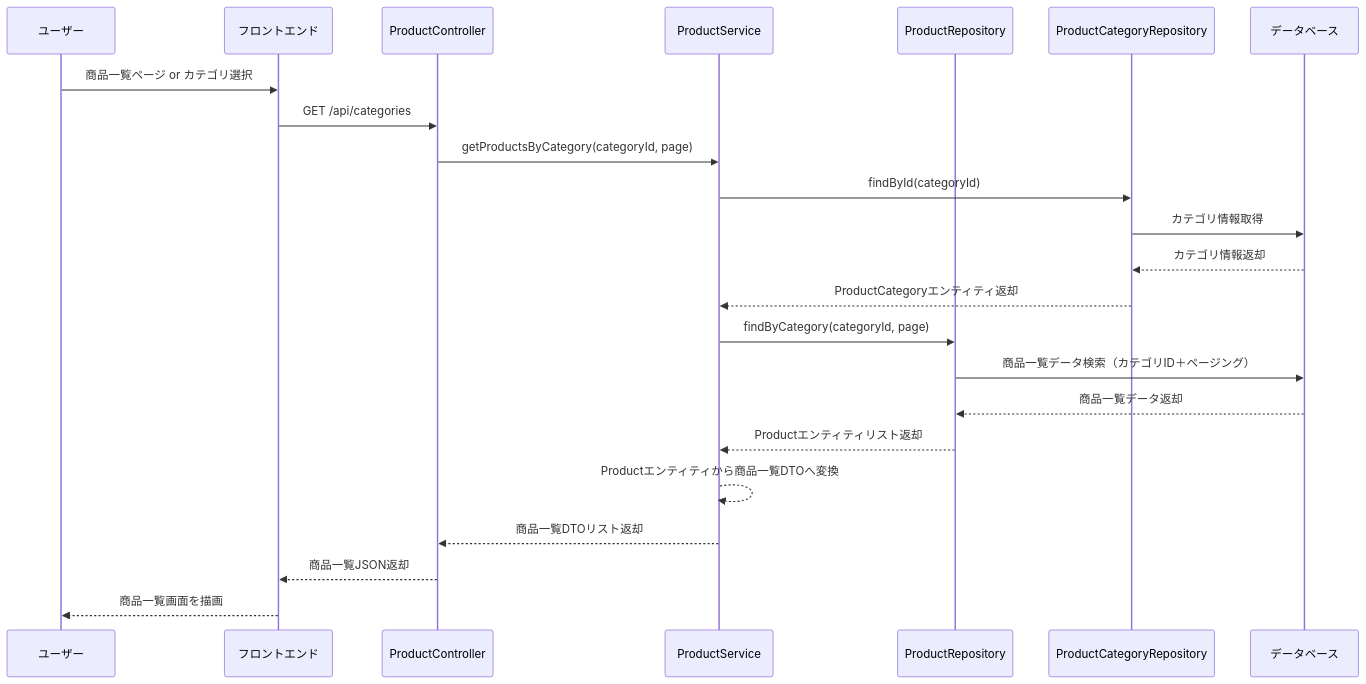
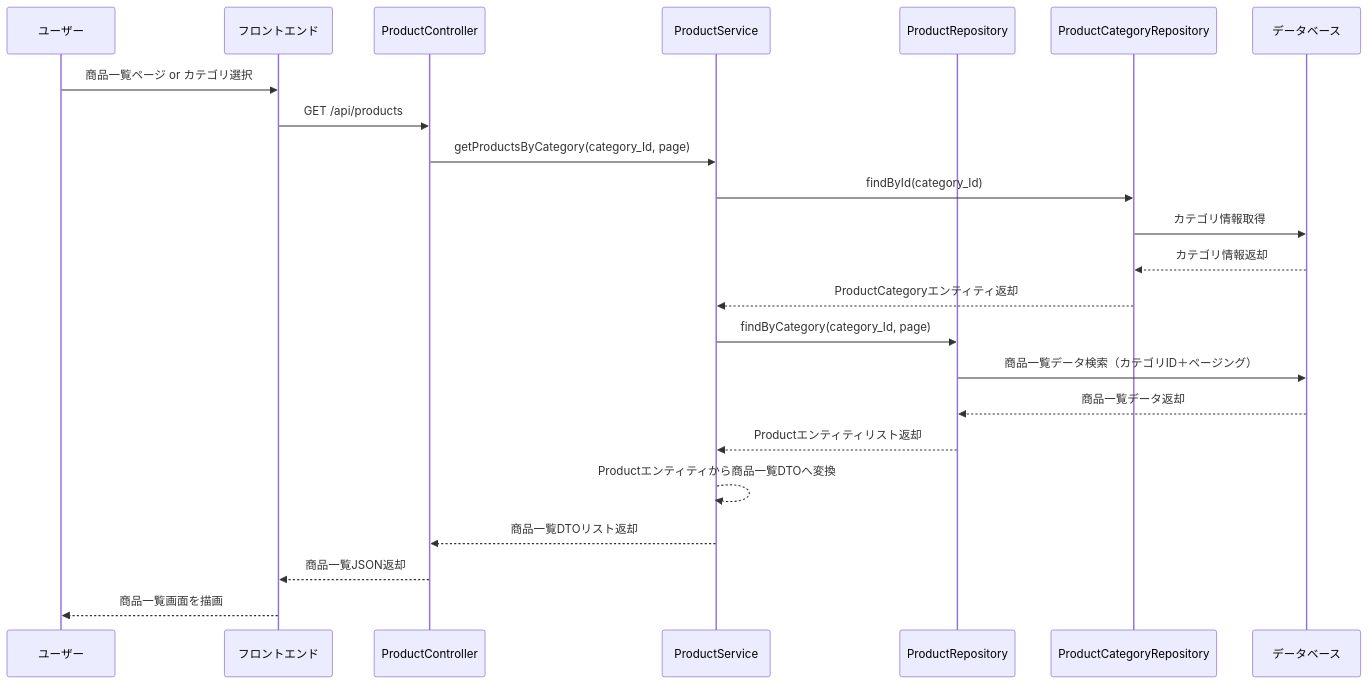
The second of 29 diagrams in 詳細設計/担当B_村田/3.2 機能詳細.md (Aoi-Yaegashi/teamF), drawn with Mermaid before and after one commit. The commit also changed other lines of this file and 1 other file, not shown here.

Commit message:
シーケンス図アップデート

```diff
--- a/詳細設計/担当B_村田/3.2 機能詳細.md
+++ b/詳細設計/担当B_村田/3.2 機能詳細.md
@@ -7,26 +43,26 @@
    <div class="mermaid">
    sequenceDiagram
     participant User as ユーザー
     participant Browser as フロントエンド
     participant Controller as ProductController
     participant Service as ProductService
     participant ProductRepo as ProductRepository
     participant CategoryRepo as ProductCategoryRepository
     participant DB as データベース
 
     User->>Browser: 商品一覧ページ or カテゴリ選択
-    Browser->>Controller: GET /api/categories
-    Controller->>Service: getProductsByCategory(categoryId, page)
-    Service->>CategoryRepo: findById(categoryId)
+    Browser->>Controller: GET /api/products
+    Controller->>Service: getProductsByCategory(category_Id, page)
+    Service->>CategoryRepo: findById(category_Id)
     CategoryRepo->>DB: カテゴリ情報取得
     DB-->>CategoryRepo: カテゴリ情報返却
     CategoryRepo-->>Service: ProductCategoryエンティティ返却
-    Service->>ProductRepo: findByCategory(categoryId, page)
+    Service->>ProductRepo: findByCategory(category_Id, page)
     ProductRepo->>DB: 商品一覧データ検索（カテゴリID＋ページング）
     DB-->>ProductRepo: 商品一覧データ返却
     ProductRepo-->>Service: Productエンティティリスト返却
     Service-->>Service: Productエンティティから商品一覧DTOへ変換
     Service-->>Controller: 商品一覧DTOリスト返却
     Controller-->>Browser: 商品一覧JSON返却
     Browser-->>User: 商品一覧画面を描画
 </div>
```
